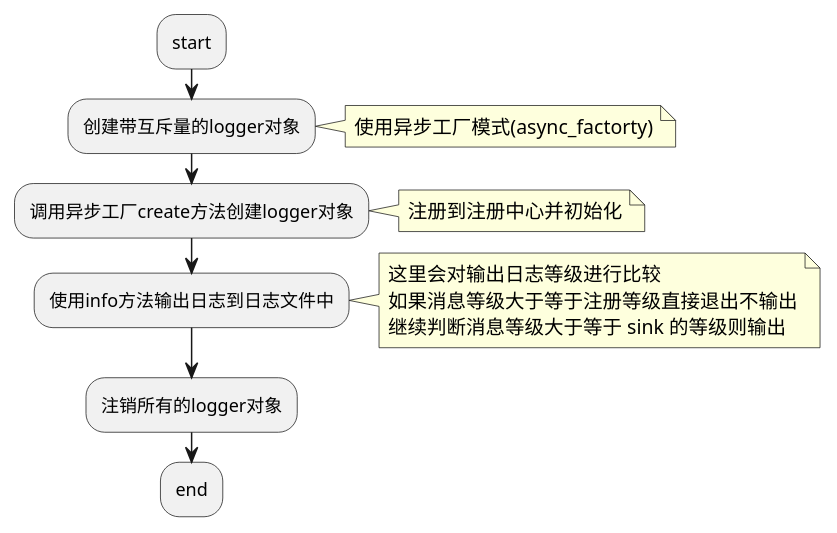
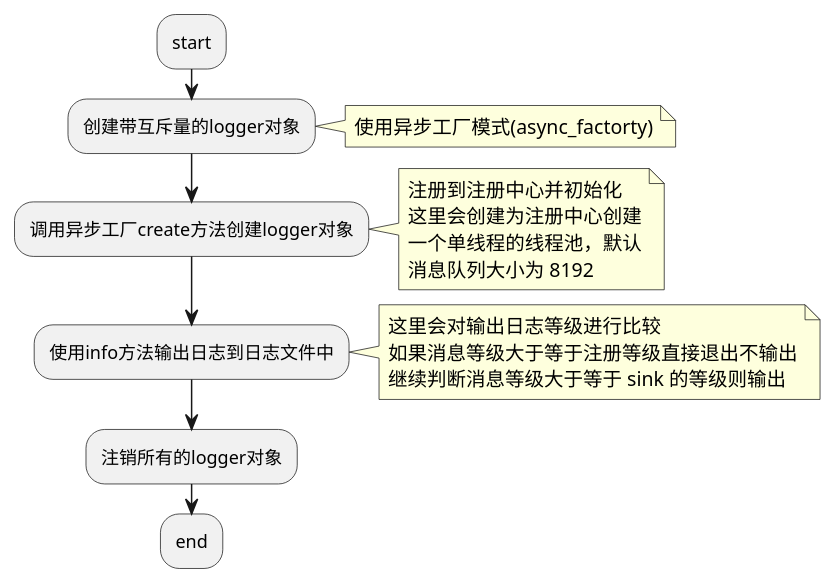
Before and after one commit to Jerling/Linux_programing: the second of 2 diagrams in system/spdlog.org, drawn with PlantUML. The commit also changed other lines of this file and 1 other file, not shown here.

```diff
--- a/system/spdlog.org
+++ b/system/spdlog.org
@@ -95,19 +95,22 @@
 #+BEGIN_SRC plantuml :file images/async_log.png
 :start;
 :创建带互斥量的logger对象;
 note right
     使用异步工厂模式(async_factorty)
 end note
 :调用异步工厂create方法创建logger对象;
 note right
     注册到注册中心并初始化
+    这里会创建为注册中心创建
+    一个单线程的线程池，默认
+    消息队列大小为 8192
 end note
 :使用info方法输出日志到日志文件中;
 note right
     这里会对输出日志等级进行比较
     如果消息等级大于等于注册等级直接退出不输出
     继续判断消息等级大于等于 sink 的等级则输出
 end note
 :注销所有的logger对象;
 :end;
 #+END_SRC
```
